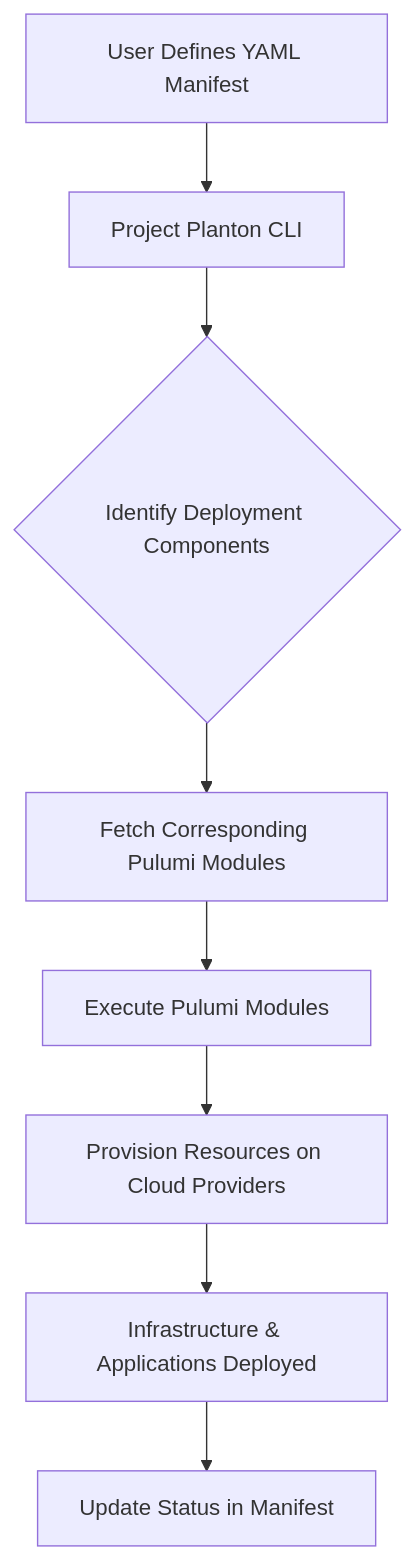
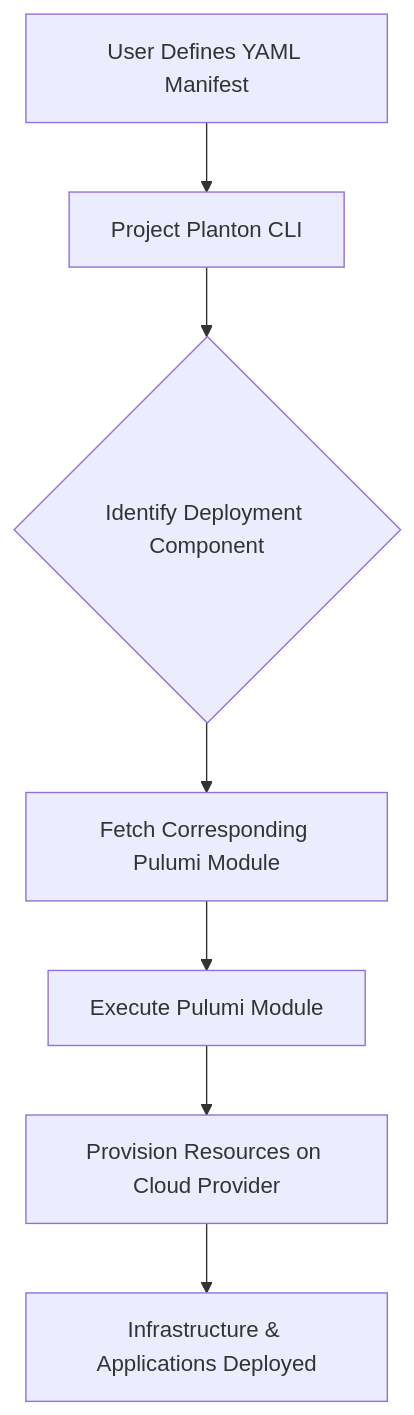
One commit to project-planton/project-planton changed the diagram in README.md. Above: the diagram before and after it, drawn with Mermaid. The commit also changed other lines of this file, not shown here.

````diff
--- a/README.md
+++ b/README.md
@@ -141,10 +139,9 @@
 ```mermaid
 flowchart TD
     A[User Defines YAML Manifest] --> B[Project Planton CLI]
-    B --> C{Identify Deployment Components}
-    C --> D[Fetch Corresponding Pulumi Modules]
-    D --> E[Execute Pulumi Modules]
-    E --> F[Provision Resources on Cloud Providers]
+    B --> C{Identify Deployment Component}
+    C --> D[Fetch Corresponding Pulumi Module]
+    D --> E[Execute Pulumi Module]
+    E --> F[Provision Resources on Cloud Provider]
     F --> G[Infrastructure & Applications Deployed]
-    G --> H[Update Status in Manifest]
 ```
````
